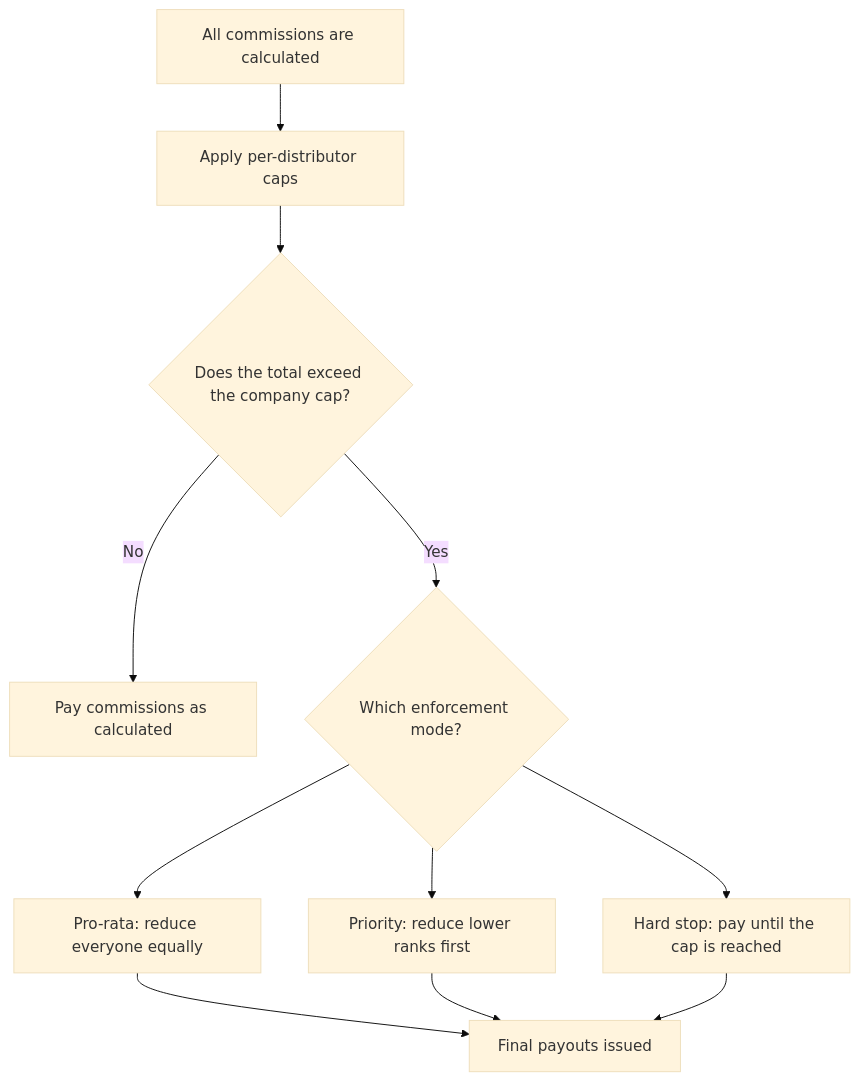
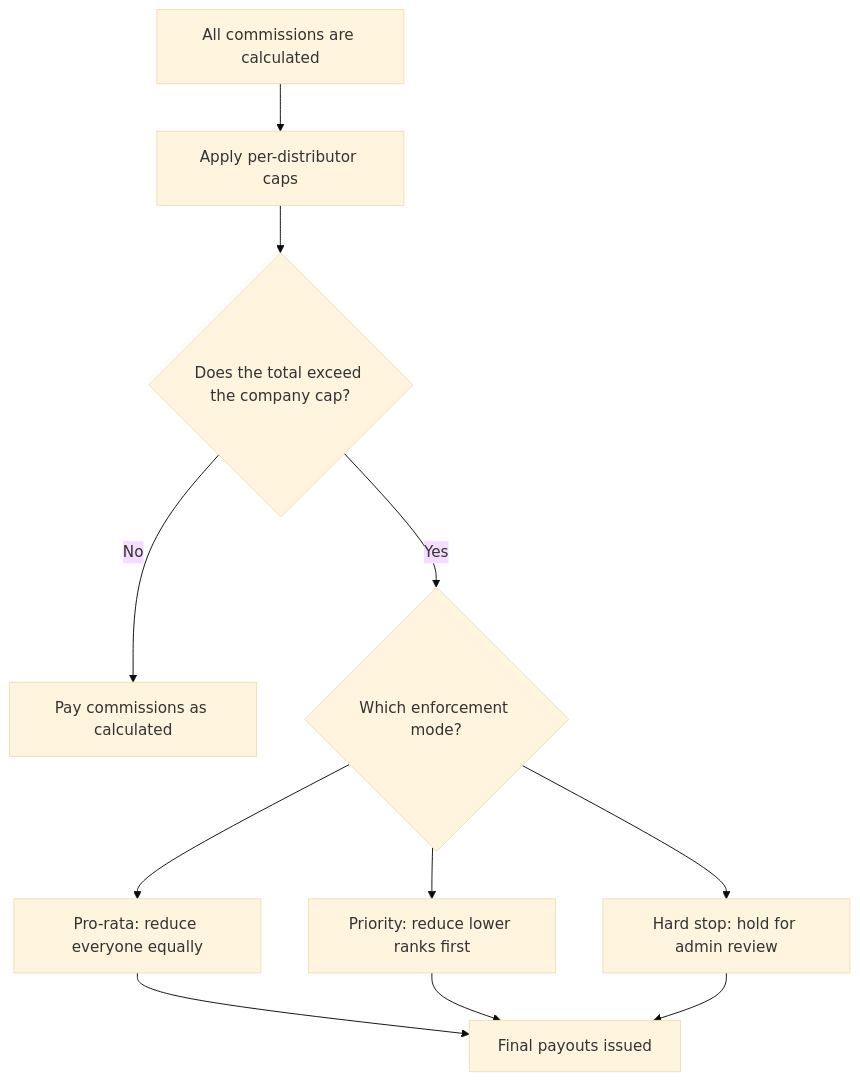
Before and after one commit to mheuss/mlmforge: the third of 3 diagrams in content/guides/fundamentals.md, drawn with Mermaid (base theme). The commit also changed other lines of this file and 1 other file, not shown here.

Commit message:
docs(guides): fix hard stop and broad commission
Hard stop cap enforcement holds for admin review, not first-come-first-served.
Broad commission percent is a uniform multiplier (typically 1.0), not a pool
allocation percentage.

````diff
--- a/content/guides/fundamentals.md
+++ b/content/guides/fundamentals.md
@@ -101,13 +101,13 @@
 ```mermaid
 flowchart TD
     A[All commissions are calculated] --> B[Apply per-distributor caps]
     B --> C{Does the total exceed the company cap?}
     C -- No --> D[Pay commissions as calculated]
     C -- Yes --> E{Which enforcement mode?}
     E --> F[Pro-rata: reduce everyone equally]
     E --> G[Priority: reduce lower ranks first]
-    E --> H[Hard stop: pay until the cap is reached]
+    E --> H[Hard stop: hold for admin review]
     F --> I[Final payouts issued]
     G --> I
     H --> I
 ```
````
